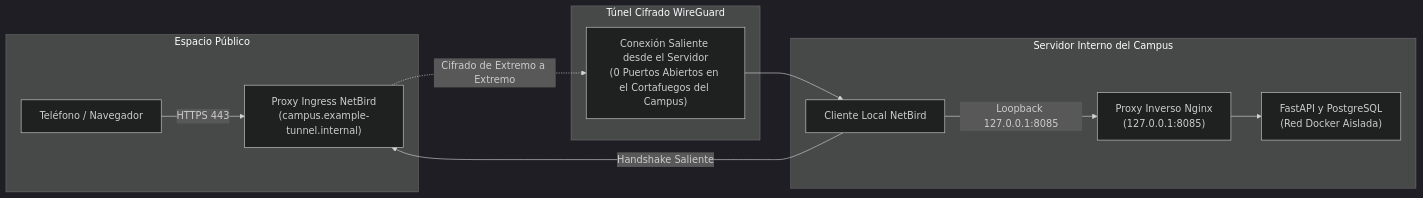
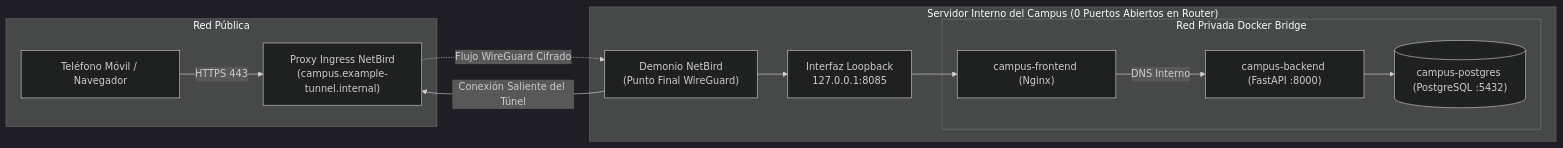
Before and after one commit to Pascal-Thommen/pascal-thommen.github.io: the diagram in content/posts/upa-campus-app-architecture-part-3/index.es.md, drawn with Mermaid (dark theme). The commit also changed other lines of this file and 25 other files, not shown here.

Commit message:
feat(series): greenfield rewrite of UPA Campus App series and language-aware navigation (#17)

````diff
--- a/content/posts/upa-campus-app-architecture-part-3/index.es.md
+++ b/content/posts/upa-campus-app-architecture-part-3/index.es.md
@@ -111,22 +38,22 @@
 ```mermaid
 flowchart LR
-    subgraph PublicNet["Espacio Público"]
-        Client["Teléfono / Navegador"]
-        NetBirdIngress["Proxy Ingress NetBird\n(campus.example-tunnel.internal)"]
+    subgraph Internet["Red Pública"]
+        Phone["Teléfono Móvil / Navegador"]
+        Ingress["Proxy Ingress NetBird\n(campus.example-tunnel.internal)"]
     end
-    subgraph TunnelMechanism["Túnel Cifrado WireGuard"]
-        Outbound["Conexión Saliente desde el Servidor\n(0 Puertos Abiertos en el Cortafuegos del Campus)"]
-    end
-    subgraph PrivateServer["Servidor Interno del Campus"]
-        NetBirdDaemon["Cliente Local NetBird"]
-        Nginx["Proxy Inverso Nginx\n(127.0.0.1:8085)"]
-        AppServices["FastAPI y PostgreSQL\n(Red Docker Aislada)"]
+    subgraph CampusHost["Servidor Interno del Campus (0 Puertos Abiertos en Router)"]
+        Daemon["Demonio NetBird\n(Punto Final WireGuard)"]
+        Loopback["Interfaz Loopback\n127.0.0.1:8085"]
+        subgraph DockerNet["Red Privada Docker Bridge"]
+            Nginx["campus-frontend (Nginx)"]
+            FastAPI["campus-backend (FastAPI :8000)"]
+            PG[("campus-postgres (PostgreSQL :5432)")]
+        end
     end
 
-    Client -->|HTTPS 443| NetBirdIngress
-    NetBirdDaemon -->|Handshake Saliente| NetBirdIngress
-    NetBirdIngress -.->|Cifrado de Extremo a Extremo| Outbound
-    Outbound --> NetBirdDaemon
-    NetBirdDaemon -->|Loopback 127.0.0.1:8085| Nginx
-    Nginx --> AppServices
+    Phone -->|HTTPS 443| Ingress
+    Daemon -->|Conexión Saliente del Túnel| Ingress
+    Ingress -.->|Flujo WireGuard Cifrado| Daemon
+    Daemon --> Loopback --> Nginx
+    Nginx -->|DNS Interno| FastAPI --> PG
 ```
````
